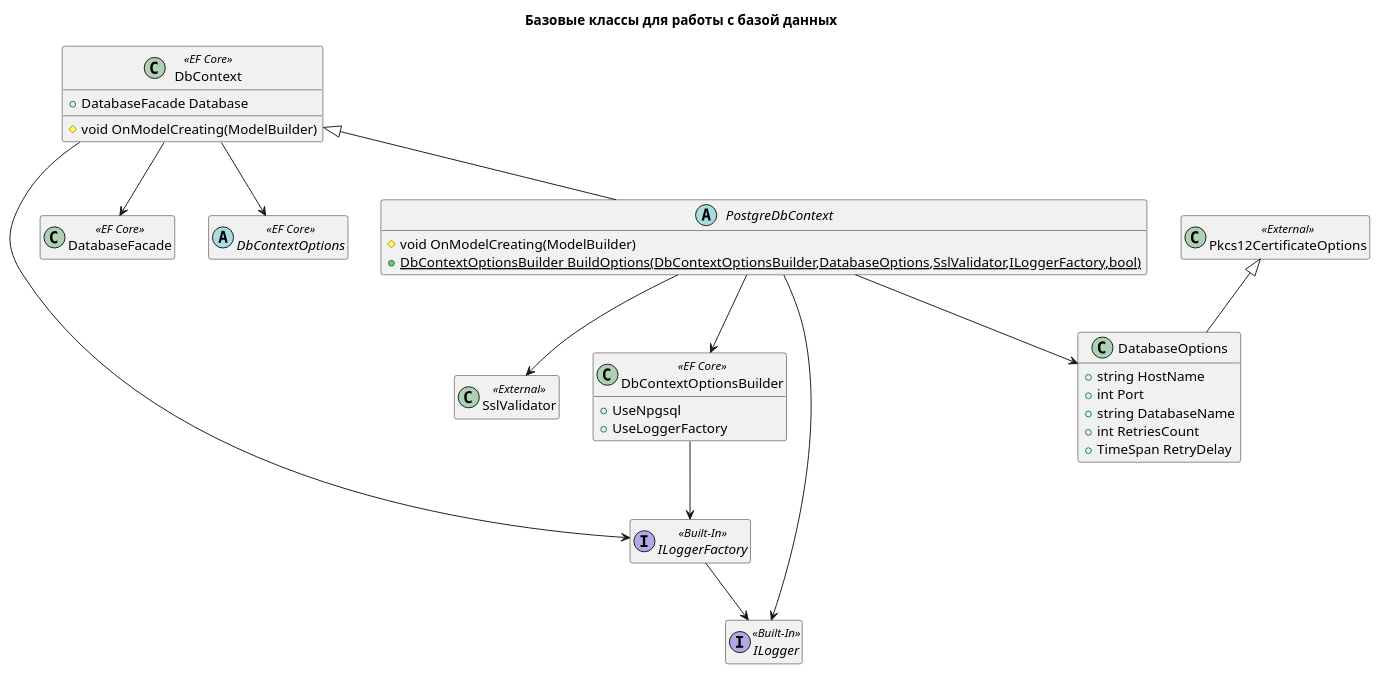
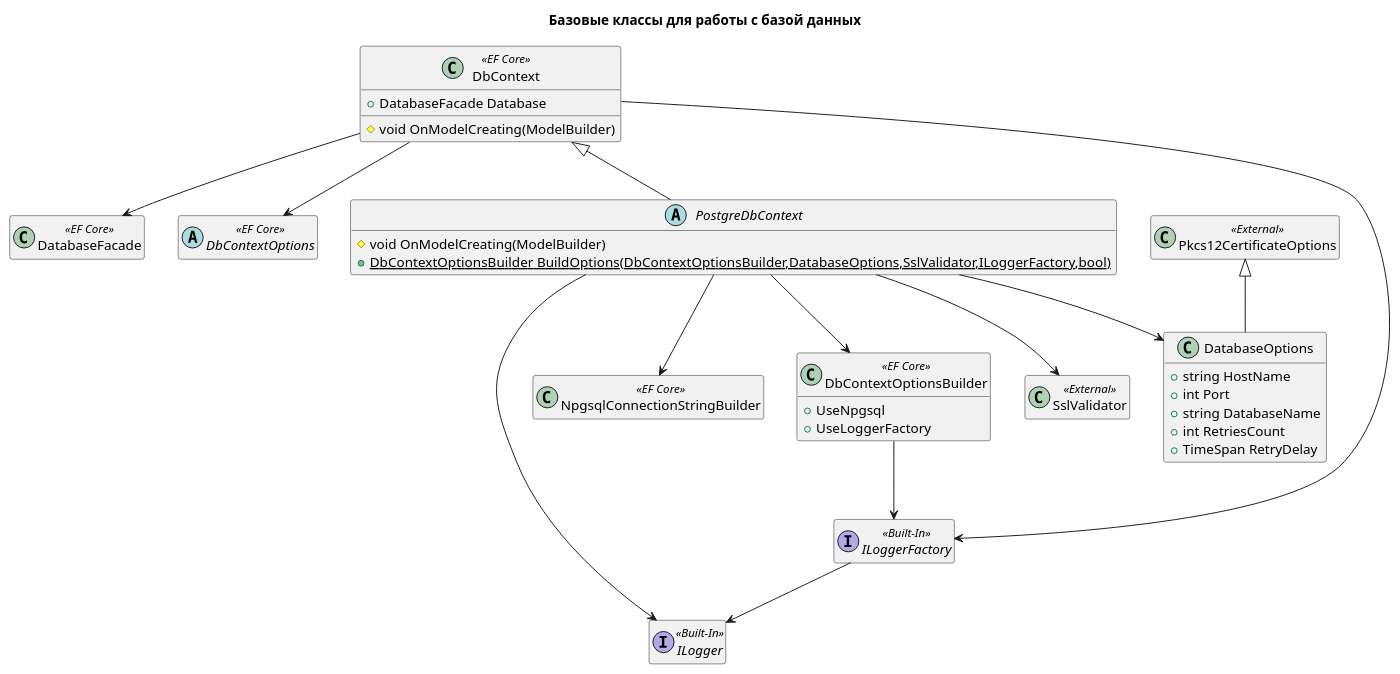
The diagram in docs/diagrams/classes/Shared.Database.puml (mrypdm/JobSystem), drawn with PlantUML before and after one commit. The commit also changed 7 other files, not shown here.

```diff
--- a/docs/diagrams/classes/Shared.Database.puml
+++ b/docs/diagrams/classes/Shared.Database.puml
@@ -1,53 +1,55 @@
 @startuml Shared.Database classes
 hide empty members
 
 title Базовые классы для работы с базой данных
 
 class SslValidator << External >>
 class Pkcs12CertificateOptions << External >>
 
 interface ILogger << Built-In >>
 interface ILoggerFactory << Built-In >>
 ILoggerFactory --> ILogger
 
 class DatabaseFacade << EF Core >>
 abstract class DbContextOptions << EF Core >>
+class NpgsqlConnectionStringBuilder << EF Core >>
 
 class DbContext << EF Core >>
 {
     +DatabaseFacade Database
     #void OnModelCreating(ModelBuilder)
 }
 DbContext --> ILoggerFactory
 DbContext --> DatabaseFacade
 DbContext --> DbContextOptions
 
 class DbContextOptionsBuilder << EF Core >>
 {
     +UseNpgsql
     +UseLoggerFactory
 }
 DbContextOptionsBuilder --> ILoggerFactory
 
 class DatabaseOptions
 {
     +string HostName
     +int Port
     +string DatabaseName
     +int RetriesCount
     +TimeSpan RetryDelay
 }
 Pkcs12CertificateOptions <|-- DatabaseOptions
 
 abstract class PostgreDbContext
 {
     #void OnModelCreating(ModelBuilder)
     {static}+ DbContextOptionsBuilder BuildOptions(DbContextOptionsBuilder,DatabaseOptions,SslValidator,ILoggerFactory,bool)
 }
 DbContext <|-- PostgreDbContext
 PostgreDbContext --> DbContextOptionsBuilder
+PostgreDbContext --> NpgsqlConnectionStringBuilder
 PostgreDbContext --> ILogger
 PostgreDbContext --> DatabaseOptions
 PostgreDbContext --> SslValidator
 
 @enduml
```
